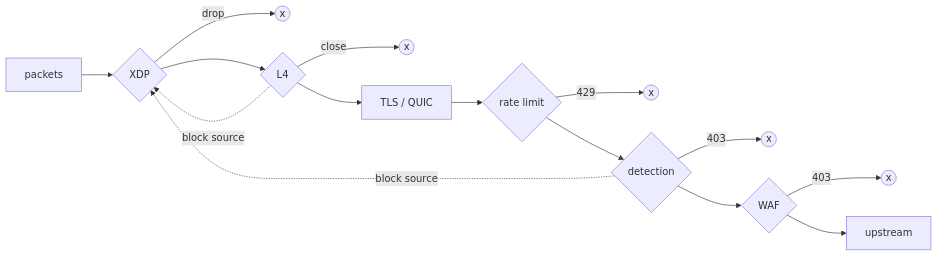
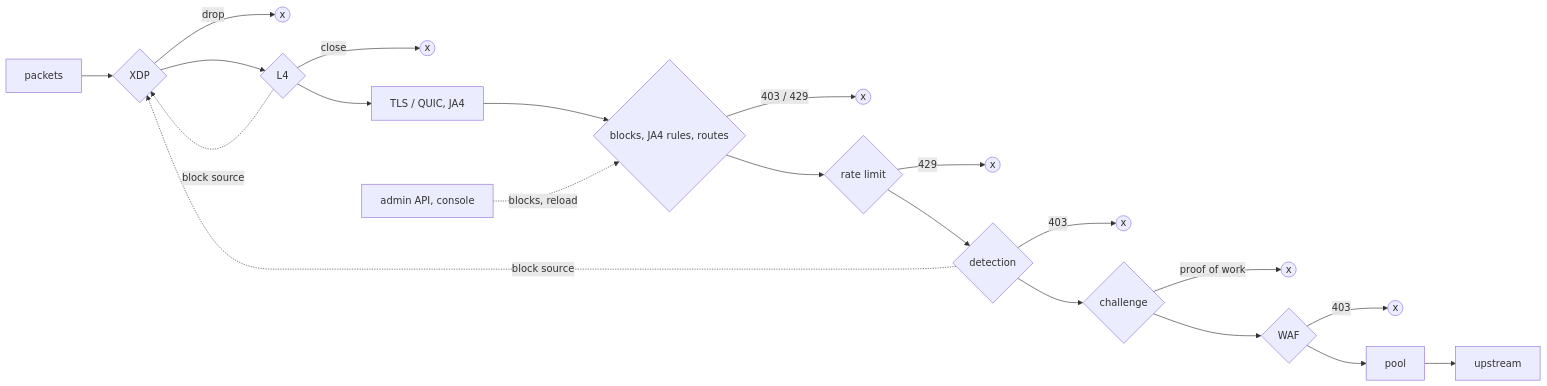
One commit to franzramadhan/dvarapala changed the diagram in README.md. Above: the diagram before and after it, drawn with Mermaid. The commit also changed other lines of this file and 15 other files, not shown here.

````diff
--- a/README.md
+++ b/README.md
@@ -146,17 +156,23 @@
 ```mermaid
 flowchart LR
   P[packets] --> X{XDP}
   X -->|drop| D1((x))
   X --> L4{L4}
   L4 -->|close| D2((x))
-  L4 --> T[TLS / QUIC]
-  T --> R{rate limit}
-  R -->|429| D3((x))
+  L4 --> T[TLS / QUIC, JA4]
+  T --> B{blocks, JA4 rules, routes}
+  B -->|403 / 429| D3((x))
+  B --> R{rate limit}
+  R -->|429| D4((x))
   R --> DT{detection}
-  DT -->|403| D4((x))
-  DT --> W{WAF}
-  W -->|403| D5((x))
-  W --> U[upstream]
+  DT -->|403| D5((x))
+  DT --> C{challenge}
+  C -->|proof of work| D6((x))
+  C --> W{WAF}
+  W -->|403| D7((x))
+  W --> PL[pool]
+  PL --> U[upstream]
   L4 -.->|block source| X
   DT -.->|block source| X
+  A[admin API, console] -.->|blocks, reload| B
 ```
````
